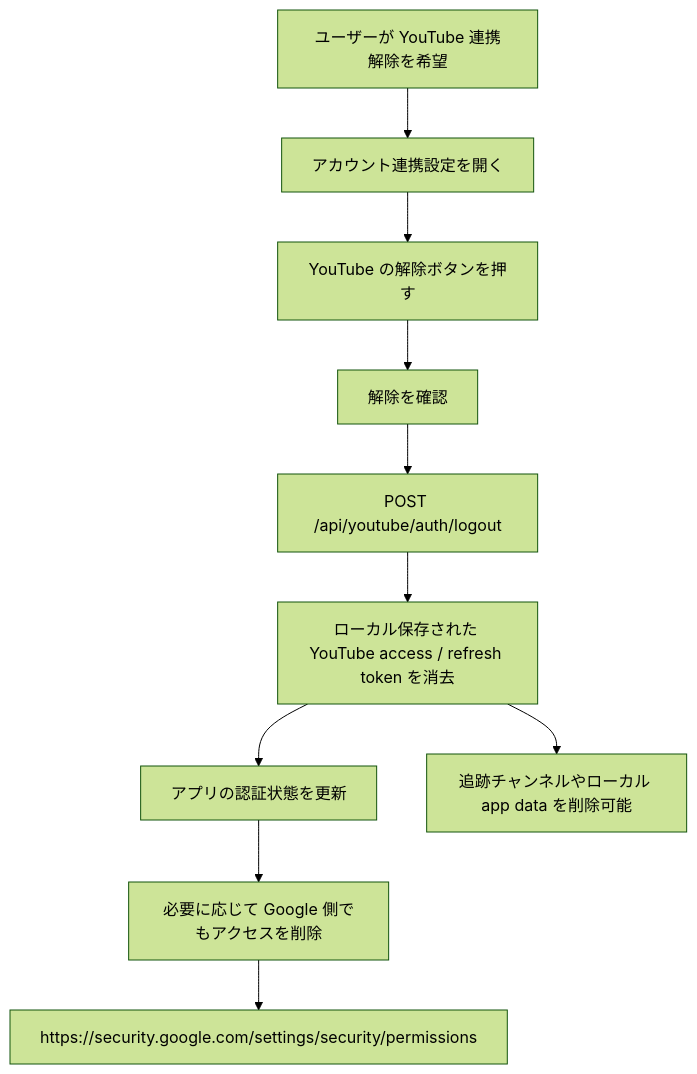
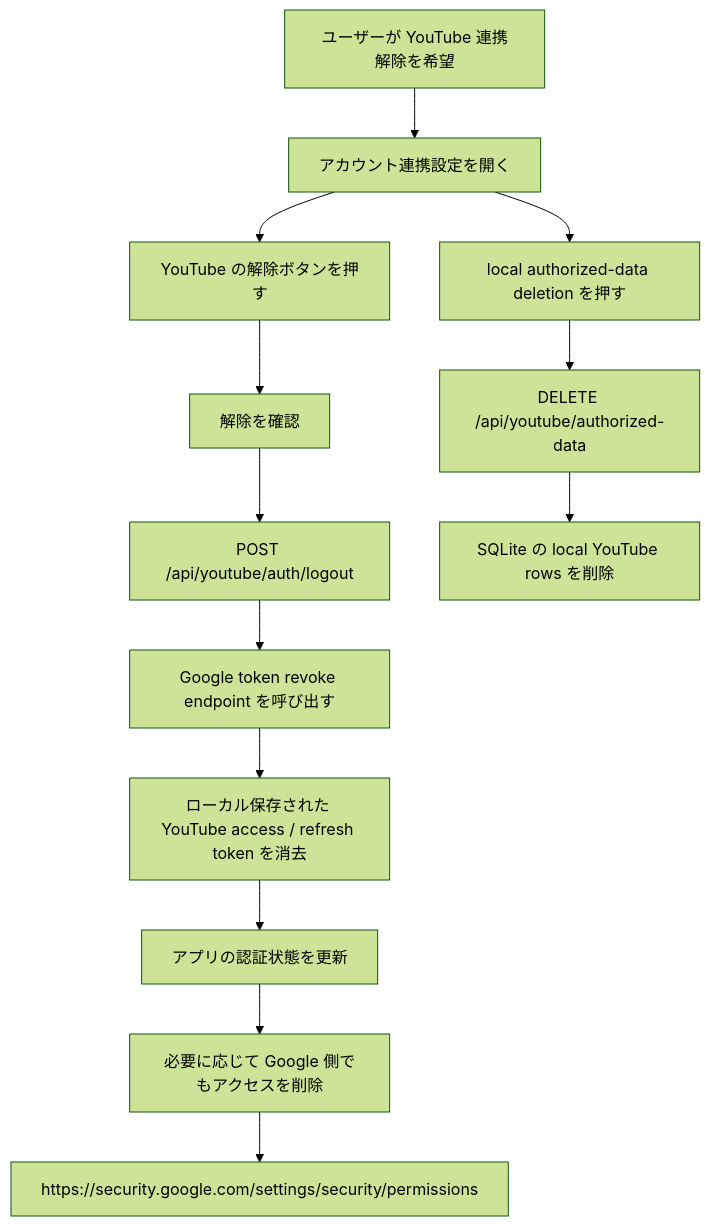
The fourth of 4 diagrams in google-compliance-architecture-and-flows.ja.md (rodojp/StreamNexus-updates), drawn with Mermaid (forest theme) before and after one commit. The commit also changed other lines of this file and 29 other files, not shown here.

````diff
--- a/google-compliance-architecture-and-flows.ja.md
+++ b/google-compliance-architecture-and-flows.ja.md
@@ -155,12 +171,15 @@
 ```mermaid
 flowchart TD
   Start["ユーザーが YouTube 連携解除を希望"] --> Settings["アカウント連携設定を開く"]
   Settings --> Disconnect["YouTube の解除ボタンを押す"]
   Disconnect --> Confirm["解除を確認"]
   Confirm --> Logout["POST /api/youtube/auth/logout"]
-  Logout --> ClearTokens["ローカル保存された YouTube access / refresh token を消去"]
+  Logout --> Revoke["Google token revoke endpoint を呼び出す"]
+  Revoke --> ClearTokens["ローカル保存された YouTube access / refresh token を消去"]
   ClearTokens --> AppState["アプリの認証状態を更新"]
+  Settings --> DeleteLocal["local authorized-data deletion を押す"]
+  DeleteLocal --> DeleteRoute["DELETE /api/youtube/authorized-data"]
+  DeleteRoute --> DeleteRows["SQLite の local YouTube rows を削除"]
   AppState --> OptionalGoogle["必要に応じて Google 側でもアクセスを削除"]
   OptionalGoogle --> GooglePage["https://security.google.com/settings/security/permissions"]
-  ClearTokens --> LocalData["追跡チャンネルやローカル app data を削除可能"]
 ```
````
